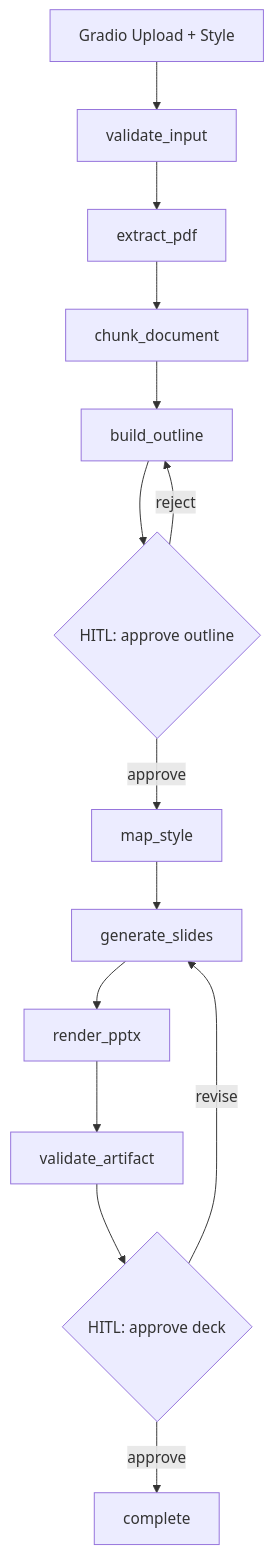
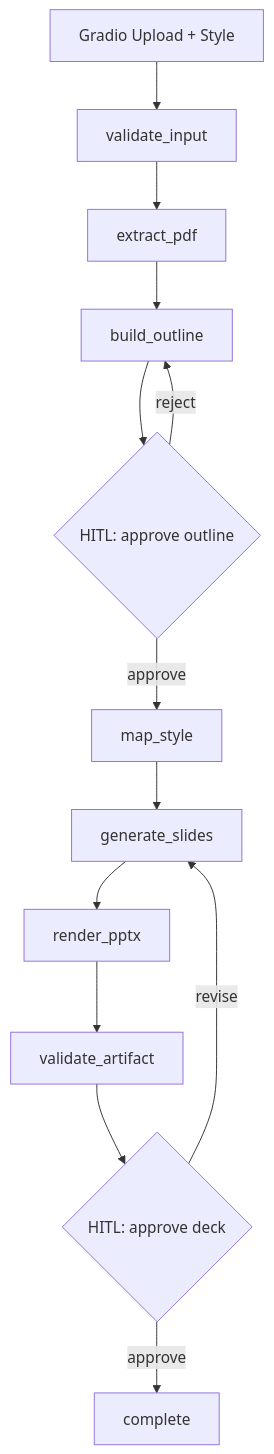
One commit to MoKenawy/pdf2deck-agent changed the diagram in README.md. Above: the diagram before and after it, drawn with Mermaid.

Commit message:
docs(readme): drop the chunk step from the architecture diagram
extract_pdf now feeds build_outline directly; there is no chunking node.

````diff
--- a/README.md
+++ b/README.md
@@ -7,16 +7,15 @@
 ```mermaid
 flowchart TD
     A[Gradio Upload + Style] --> B[validate_input]
     B --> C[extract_pdf]
-    C --> D[chunk_document]
-    D --> E[build_outline]
+    C --> E[build_outline]
     E --> F{HITL: approve outline}
     F -->|reject| E
     F -->|approve| G[map_style]
     G --> H[generate_slides]
     H --> I[render_pptx]
     I --> J[validate_artifact]
     J --> K{HITL: approve deck}
     K -->|revise| H
     K -->|approve| L[complete]
 ```
````
